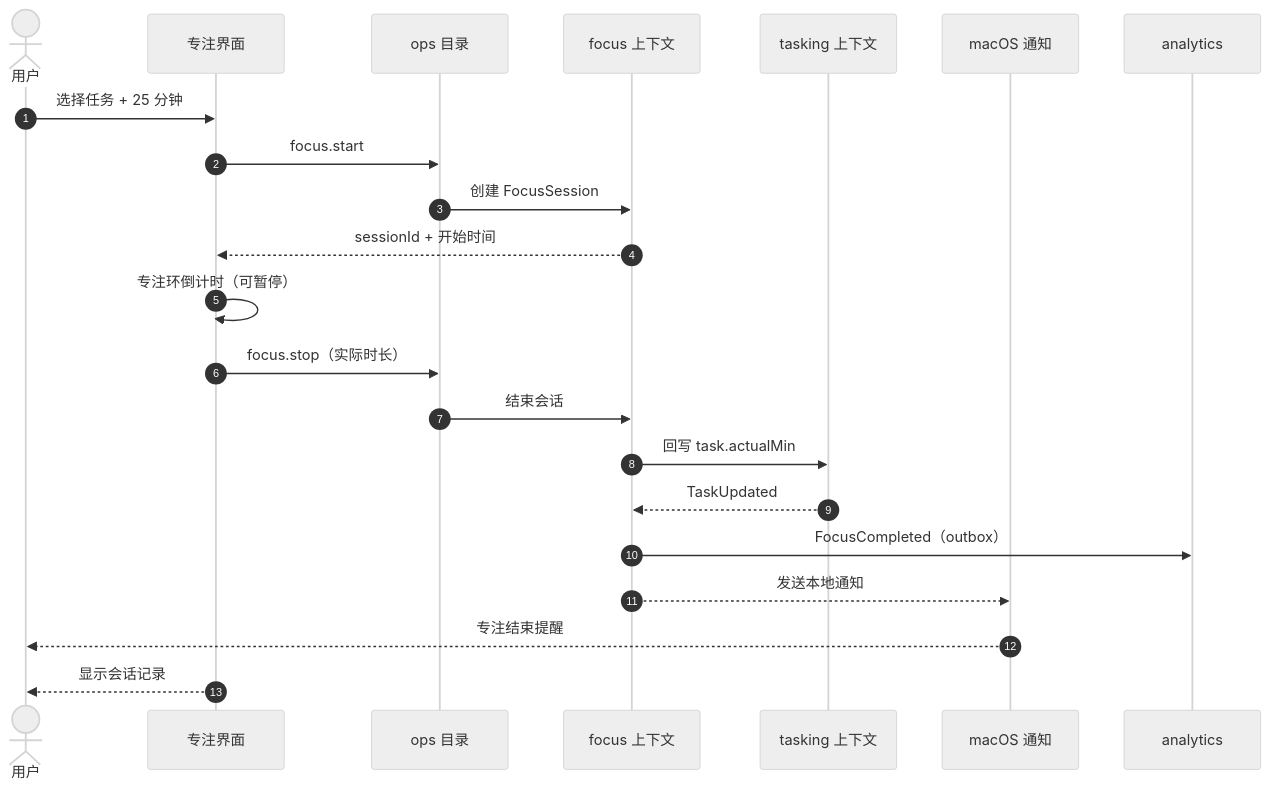
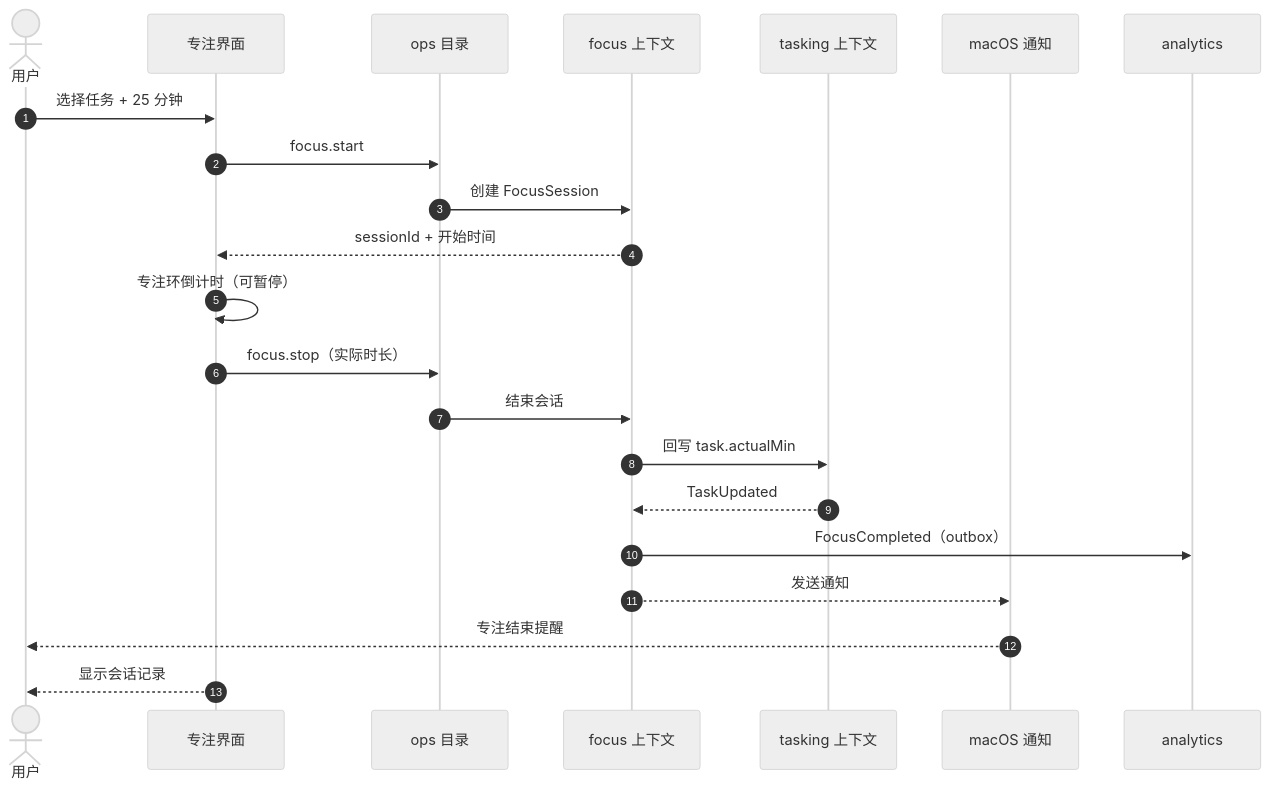
One commit to inezhi/dailywork changed the diagram in design/diagrams/m2_focus.mmd. Above: the diagram before and after it, drawn with Mermaid (neutral theme). The commit also changed 28 other files, not shown here.

```diff
--- a/design/diagrams/m2_focus.mmd
+++ b/design/diagrams/m2_focus.mmd
@@ -1,23 +1,23 @@
 sequenceDiagram
     autonumber
     actor U as 用户
     participant UI as 专注界面
     participant OPS as ops 目录
     participant F as focus 上下文
     participant T as tasking 上下文
     participant N as macOS 通知
     participant A as analytics
 
     U->>UI: 选择任务 + 25 分钟
     UI->>OPS: focus.start
     OPS->>F: 创建 FocusSession
     F-->>UI: sessionId + 开始时间
     UI->>UI: 专注环倒计时（可暂停）
     UI->>OPS: focus.stop（实际时长）
     OPS->>F: 结束会话
     F->>T: 回写 task.actualMin
     T-->>F: TaskUpdated
     F->>A: FocusCompleted（outbox）
-    F-->>N: 发送本地通知
+    F-->>N: 发送通知
     N-->>U: 专注结束提醒
     UI-->>U: 显示会话记录
```
